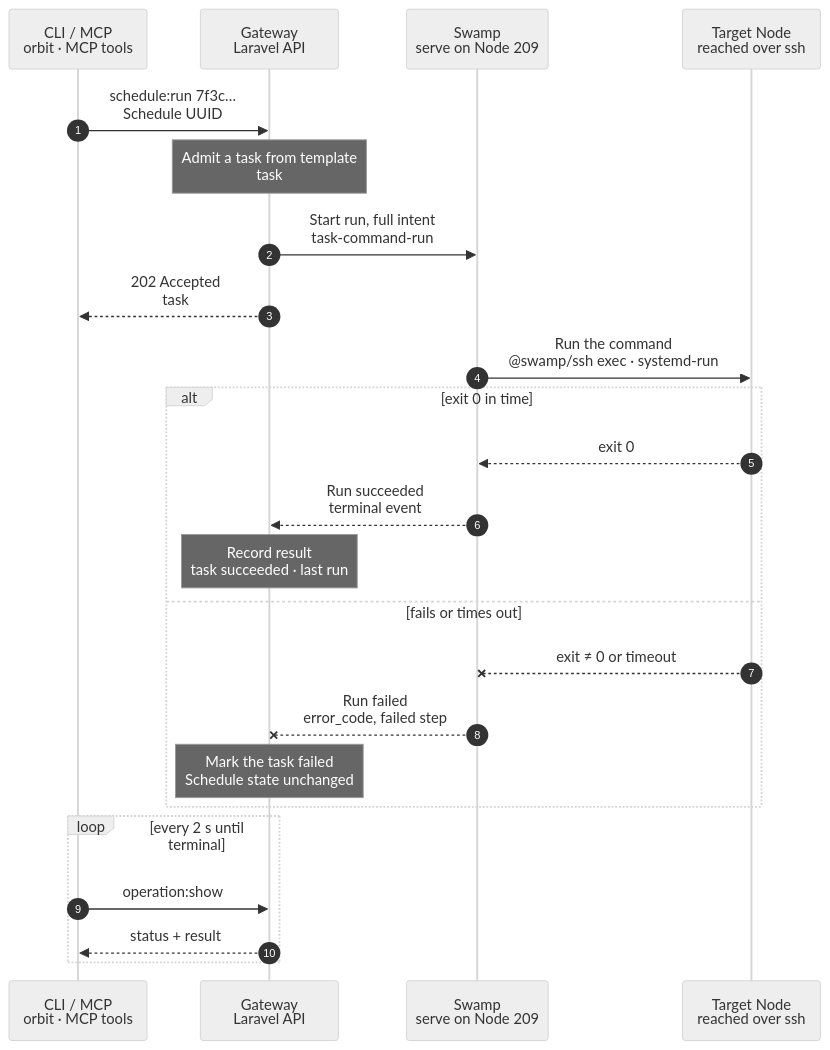
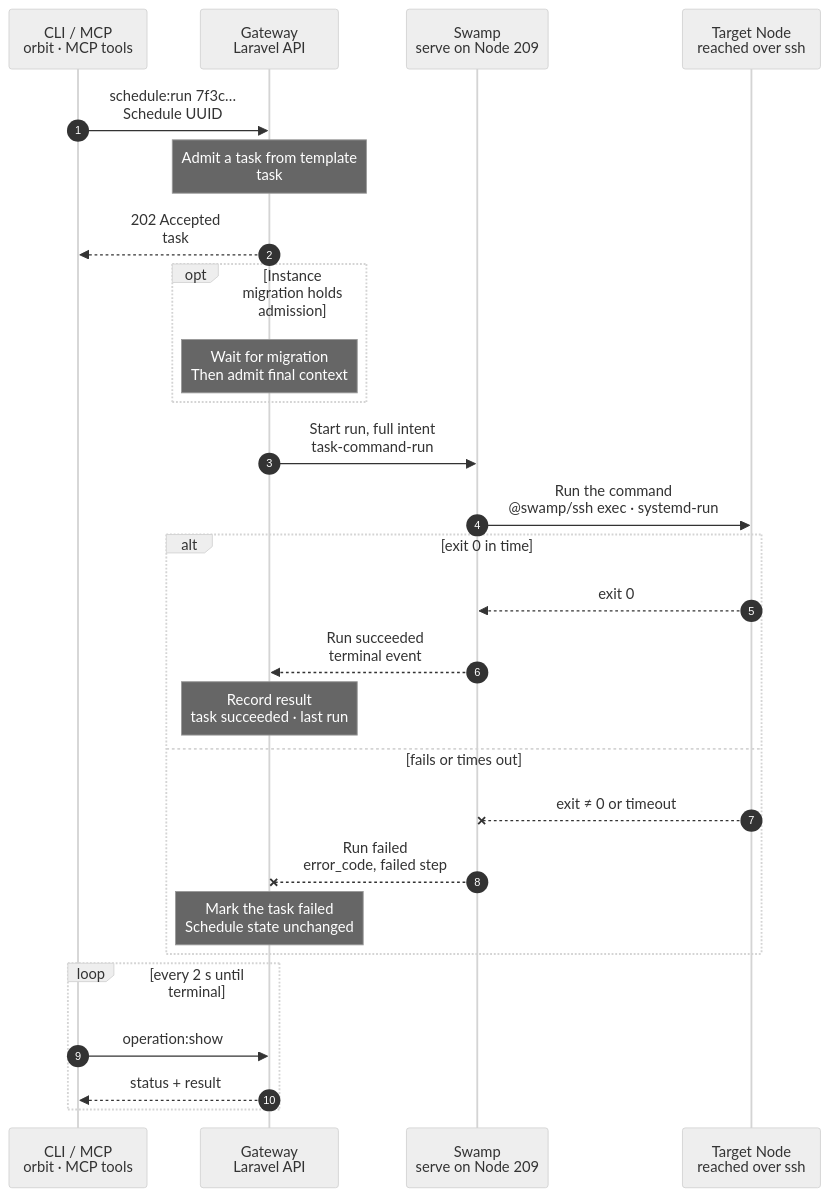
The diagram in docs/cli/schedule/run.mmd (hardimpactdev/orbit), drawn with Mermaid (neutral theme) before and after one commit. The commit also changed 20 other files, not shown here.

```diff
--- a/docs/cli/schedule/run.mmd
+++ b/docs/cli/schedule/run.mmd
@@ -1,94 +1,97 @@
 sequenceDiagram
   %% Target design: ADR 0244 one task system, native Swamp schedules; DECISIONS Schedules (Nick 2026-11-02), R2-R4.
   %% Tightened: flow-tighten 2026-11-02, rules 5, 14, 15, 22 (no check script, no report step; context enforced by the transient unit).
   %% status: migrated
   %% command: schedule:run
   %% kind: schedule.run
   autonumber
   %% lane CLI icon=terminal pill=caller tone=gray
   %% lane GW icon=gateway pill=intent tone=blue
   %% lane SW icon=workflow pill=executes tone=green
   %% lane N icon=server pill=target tone=amber
   participant CLI as CLI / MCP<br/>orbit · MCP tools
   participant GW as Gateway<br/>Laravel API
   participant SW as Swamp<br/>serve on Node 209
   participant N as Target Node<br/>reached over ssh
   CLI->>GW: schedule:run 7f3c…<br/>Schedule UUID
   %%> Command:
   %%> - `orbit schedule:run 7f3c9a2e-41d0-4b8a-9c11-2f6e0d5b7a10`
   %%> - syntax: `<uuid> [--idempotency-key=KEY] [--json]`
   %%> Input:
   %%> - the UUID of the Schedule, as `schedule:list` shows it
   %%> Not changed:
   %%> - the Schedule's timing; the next calendar fire stays as it was
   %%> - an enabled Schedule stays enabled, and a disabled one stays disabled
   Note over GW: Admit a task from template<br/>task #5140 · trigger: operator
   %%> Requirements:
   %%> - your Node has an access grant to Node 12, which runs Instance 42
   %%> - Schedule 7f3c… is active, enabled or disabled
   %%> - Instance 42 is still on Node 12
   %%> - the Schedule still targets the recorded Node, user and working directory
   %%> Result:
   %%> - task #5140 recorded from the Schedule's template, with trigger `operator`
   %%> - the same intent a calendar fire gets: user, working directory, shell, timeout and command
+  GW-->>CLI: 202 Accepted<br/>task #5140
+  %%> What you get:
+  %%> - the task number, at once
+  %%> Next:
+  %%> - the CLI follows the task with `operation:show`
+  opt Instance migration holds admission
+    Note over GW: Wait for migration<br/>Then admit final context
+  end
   GW->>SW: Start run, full intent<br/>task-command-run
   %%> What it does:
   %%> - starts one root run of `task-command-run` on serve (Node 209), the workflow each calendar fire of `schedule-7f3c…` runs nested
   %%> Why not `schedule-7f3c…` itself:
   %%> - its inputs are fixed and carry no task number; the task's own run carries it, so the Gateway projects it like any task
   %%> - every root run of `schedule-7f3c…` is then a calendar fire
   %%> Inputs:
   %%> - Node 12's address and SSH host keys; the SSH identity comes from the `swamp` role
   %%> - the user, the working directory, the shell and the timeout
   %%> - the command's vault key name, never the command (R3)
-  GW-->>CLI: 202 Accepted<br/>task #5140
-  %%> What you get:
-  %%> - the task number, at once
-  %%> Next:
-  %%> - the CLI follows the task with `operation:show`
   SW->>N: Run the command<br/>@swamp/ssh exec · systemd-run
   %%> How:
   %%> - one `@swamp/ssh exec`: `sudo systemd-run --uid=<user> --wait --pipe --collect` with the admitted directory and timeout
   %%> - reads the command with `vault.get` and sends it to Node 12 on stdin, never in argv; systemd-cat journals output on the Node
   %%> Runs as:
   %%> - the Schedule's user, in its working directory, with its shell
   %%> - production Instances resolve `current` at start, so a new release changes later runs
   %%> Timeout:
   %%> - the Schedule's timeout is the run's time budget
   alt exit 0 in time
     N-->>SW: exit 0
     %%> Returns:
     %%> - the exit code; command output stays in the Node journal
     SW-->>GW: Run succeeded<br/>terminal event
     %%> How the Gateway learns it:
     %%> - its shared run reader sees the terminal event; Swamp never calls the Gateway
     Note over GW: Record result<br/>task succeeded · last run
     %%> Result:
     %%> - task #5140 succeeds
     %%> - `last_run_at` and `last_run_status` of Schedule 7f3c… are set
   else fails or times out
     N--xSW: exit ≠ 0 or timeout
     %%> When:
     %%> - SSH fails, `sudo` or `cd` fails, the command exits non-zero, or it runs past its timeout
     %%> How:
     %%> - the step ends the run with its own exit code; there is no report step
     SW--xGW: Run failed<br/>error_code, failed step
     %%> The Gateway reads:
     %%> - the exit code, mapped to `schedule.run_failed`; the failed step preserves native setup or transport diagnostics
     Note over GW: Mark the task failed<br/>Schedule state unchanged
     %%> Result:
     %%> - task #5140 fails; the Schedule's last run is marked as an error
     %%> - the Schedule itself and its trigger stay as they were
     %%> On the Node:
     %%> - whatever the command changed before it failed stays; Orbit does not roll it back
     %%> Retry:
     %%> - run `schedule:run` again after fixing the cause; it is a new task
   end
   loop every 2 s until terminal
     CLI->>GW: operation:show #5140
     %%> What it does:
     %%> - asks for the task's status every 2 seconds until it has ended
     GW-->>CLI: status + result
     %%> Returns:
     %%> - the current status, and the result once the task has ended
   end
```
